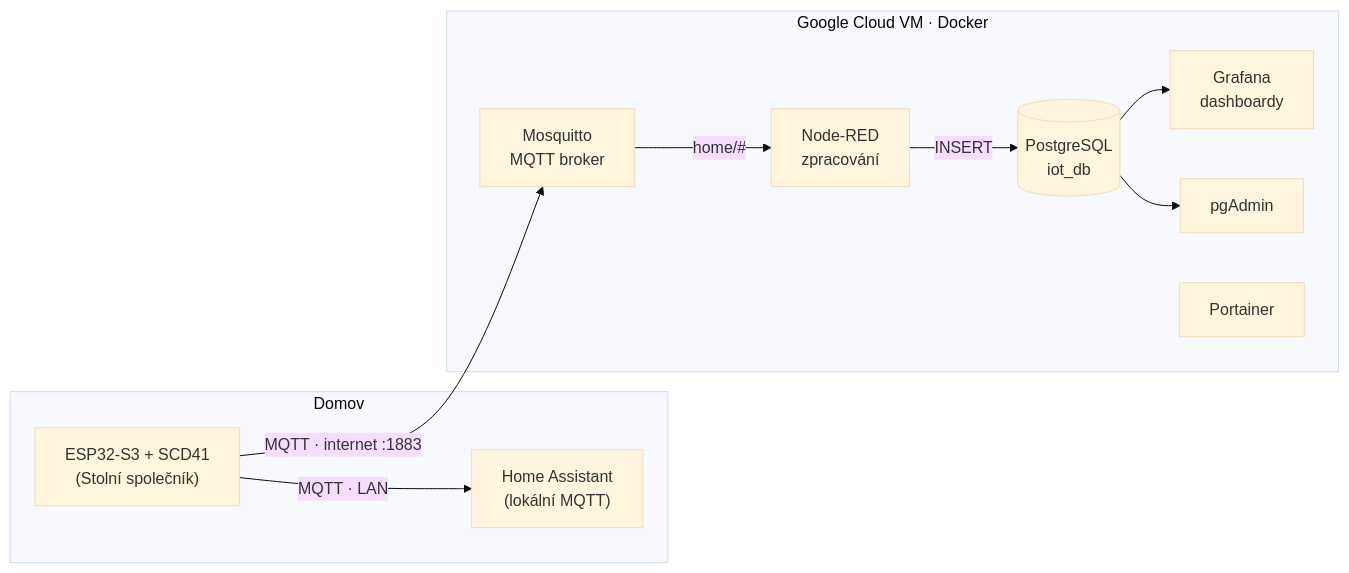
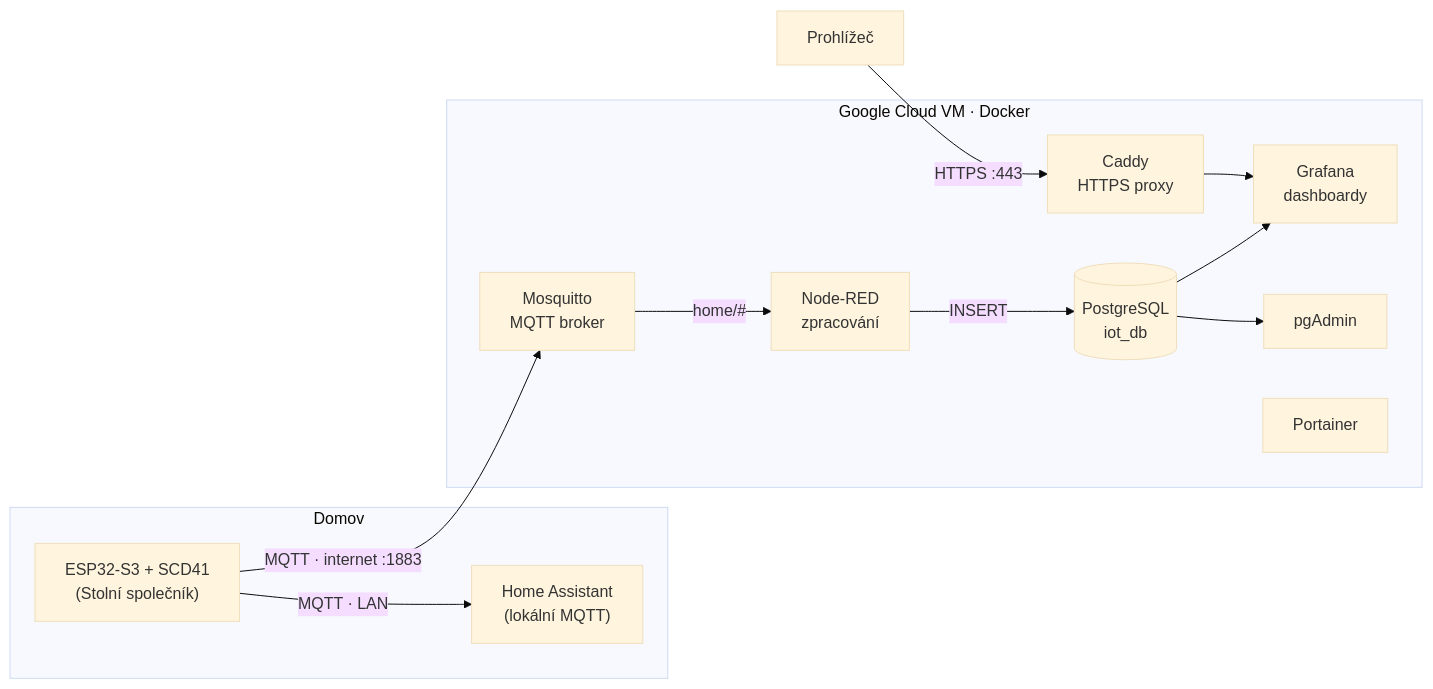
The diagram in README.md (ljmonkey44-cmd/iot-stack), drawn with Mermaid (base theme) before and after one commit. The commit also changed other lines of this file, not shown here.

Commit message:
README: Grafana přes HTTPS (Caddy)

````diff
--- a/README.md
+++ b/README.md
@@ -13,23 +14,28 @@
 ```mermaid
 flowchart LR
+    U["Prohlížeč"]
+
     subgraph Domov
         S["ESP32-S3 + SCD41<br/>(Stolní společník)"]
         HA["Home Assistant<br/>(lokální MQTT)"]
     end
 
     subgraph Cloud["Google Cloud VM · Docker"]
         M["Mosquitto<br/>MQTT broker"]
         N["Node-RED<br/>zpracování"]
         P[("PostgreSQL<br/>iot_db")]
+        C["Caddy<br/>HTTPS proxy"]
         G["Grafana<br/>dashboardy"]
         A["pgAdmin"]
         PT["Portainer"]
     end
 
     S -- "MQTT · LAN" --> HA
     S -- "MQTT · internet :1883" --> M
     M -- "home/#" --> N
     N -- "INSERT" --> P
     P --> G
     P --> A
+    U -- "HTTPS :443" --> C
+    C --> G
 ```
````
